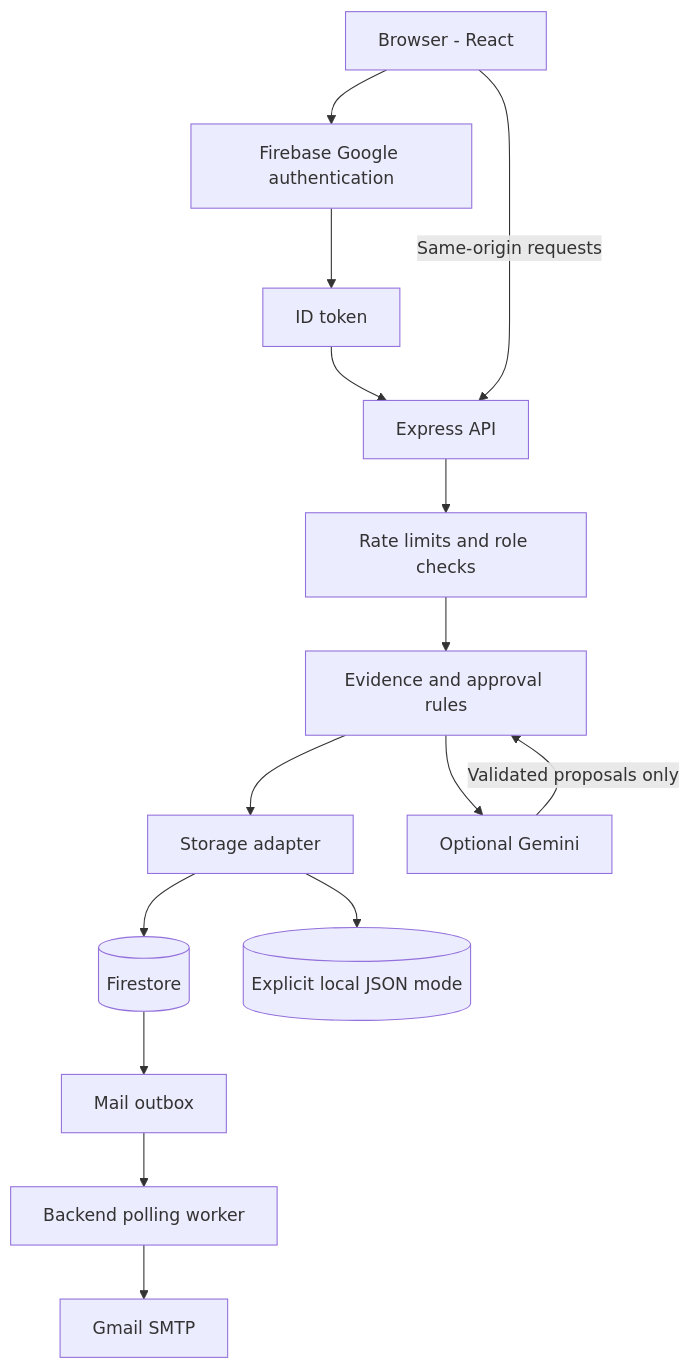
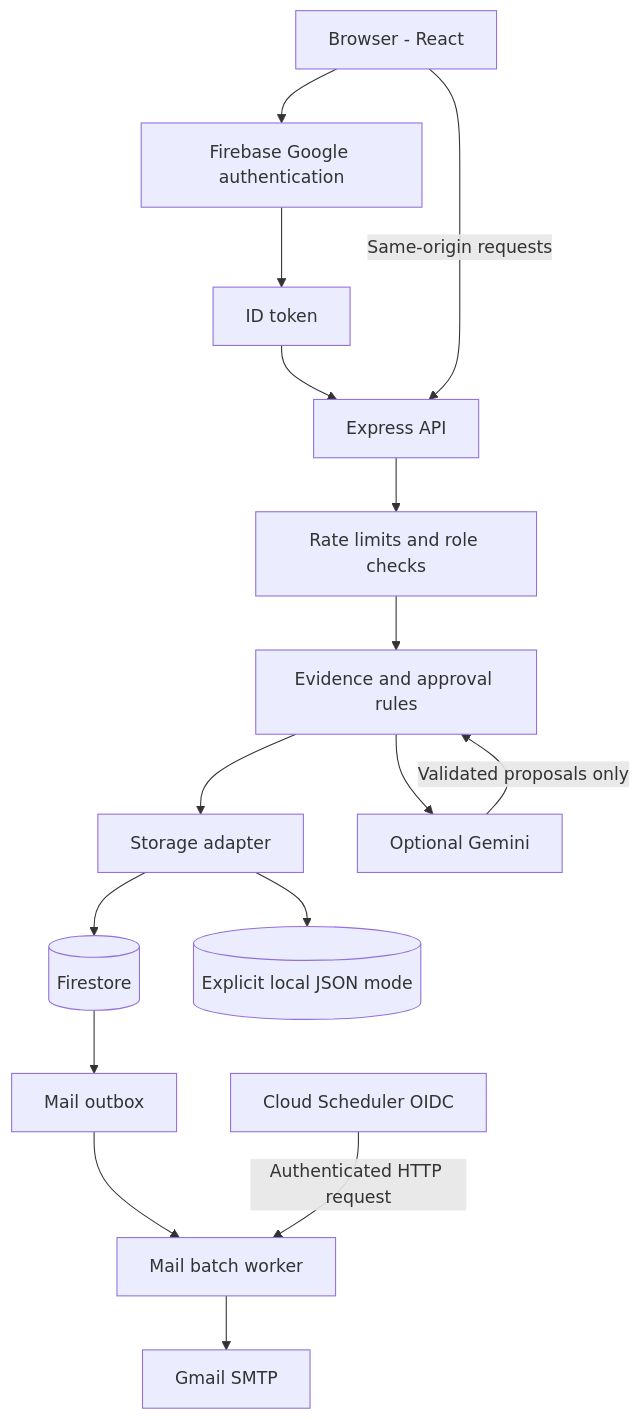
Before and after one commit to shauryaverma03/Scope-Sathi: the first of 3 diagrams in docs/ARCHITECTURE.md, drawn with Mermaid. The commit also changed other lines of this file and 21 other files, not shown here.

````diff
--- a/docs/ARCHITECTURE.md
+++ b/docs/ARCHITECTURE.md
@@ -7,17 +7,18 @@
 ```mermaid
 flowchart TB
   U[Browser - React] --> AUTH[Firebase Google authentication]
   AUTH --> TOKEN[ID token]
   TOKEN --> API[Express API]
   U -->|Same-origin requests| API
   API --> GUARD[Rate limits and role checks]
   GUARD --> DOMAIN[Evidence and approval rules]
   DOMAIN --> STORE[Storage adapter]
   STORE --> FS[(Firestore)]
   STORE --> LOCAL[(Explicit local JSON mode)]
   DOMAIN --> AI[Optional Gemini]
   AI -->|Validated proposals only| DOMAIN
   FS --> OUT[Mail outbox]
-  OUT --> WORKER[Backend polling worker]
+  OUT --> WORKER[Mail batch worker]
+  SCHED[Cloud Scheduler OIDC] -->|Authenticated HTTP request| WORKER
   WORKER --> SMTP[Gmail SMTP]
 ```
````
